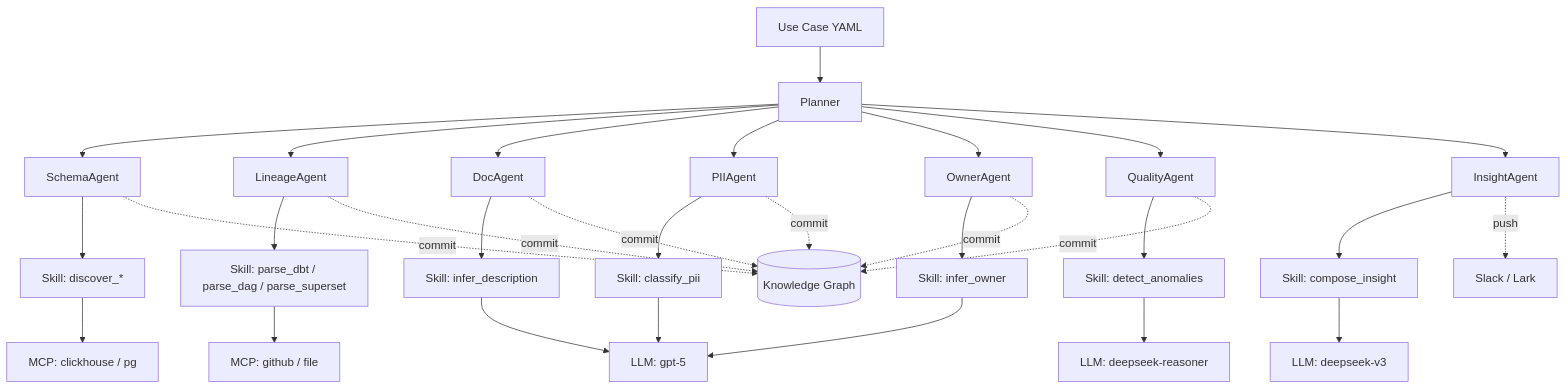
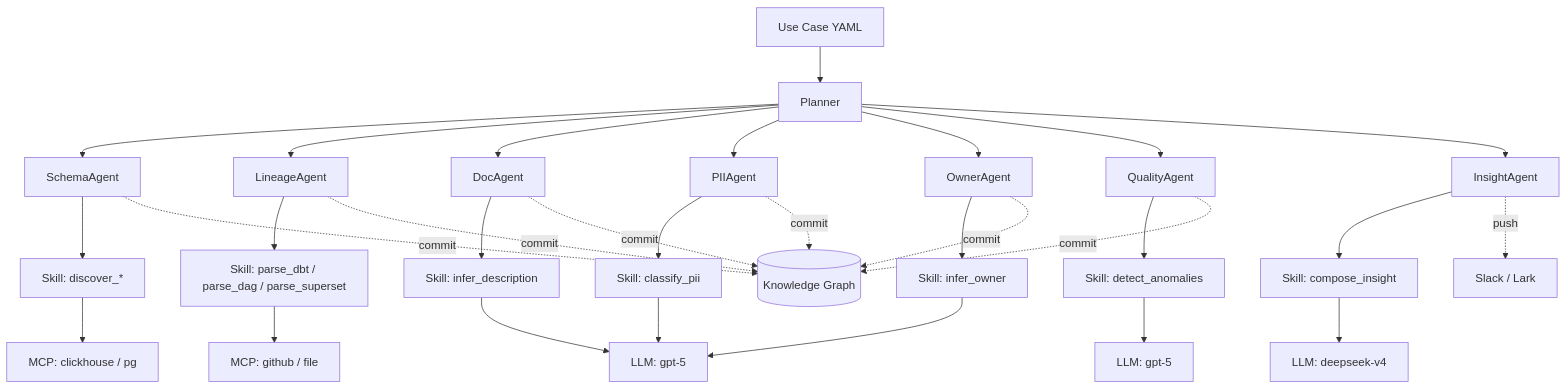
Before and after one commit to gavenlv/idm: the fourth of 4 diagrams in docs/design/agent-orchestration.md, drawn with Mermaid. The commit also changed other lines of this file and 140 other files, not shown here.

````diff
--- a/docs/design/agent-orchestration.md
+++ b/docs/design/agent-orchestration.md
@@ -511,32 +512,32 @@
 ```mermaid
 flowchart TB
     Y[Use Case YAML] --> P[Planner]
     P --> A1[SchemaAgent]
     P --> A2[LineageAgent]
     P --> A3[DocAgent]
     P --> A4[PIIAgent]
     P --> A5[OwnerAgent]
     P --> A6[QualityAgent]
     P --> A7[InsightAgent]
     A1 --> S1[Skill: discover_*]
     A2 --> S2[Skill: parse_dbt / parse_dag / parse_superset]
     A3 --> S3[Skill: infer_description]
     A4 --> S4[Skill: classify_pii]
     A5 --> S5[Skill: infer_owner]
     A6 --> S6[Skill: detect_anomalies]
     A7 --> S7[Skill: compose_insight]
     S1 --> M1[MCP: clickhouse / pg]
     S2 --> M2[MCP: github / file]
     S3 --> L1[LLM: gpt-5]
     S4 --> L1
     S5 --> L1
-    S6 --> L2[LLM: deepseek-reasoner]
-    S7 --> L3[LLM: deepseek-v3]
+    S6 --> L2[LLM: gpt-5]
+    S7 --> L3[LLM: deepseek-v4]
     A1 -.commit.-> KG[(Knowledge Graph)]
     A2 -.commit.-> KG
     A3 -.commit.-> KG
     A4 -.commit.-> KG
     A5 -.commit.-> KG
     A6 -.commit.-> KG
     A7 -.push.-> SL[Slack / Lark]
 ```
````
